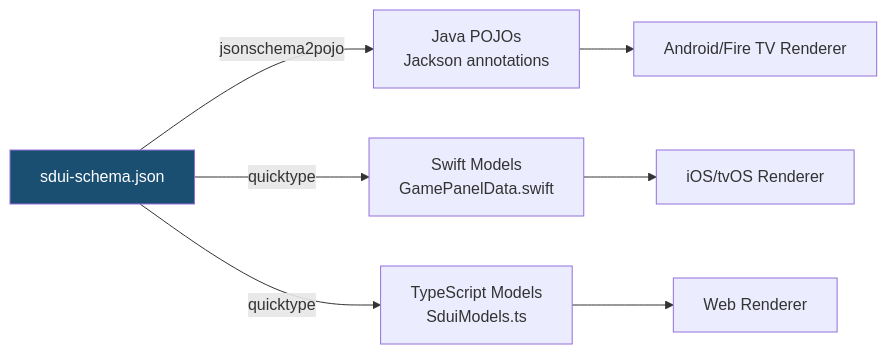
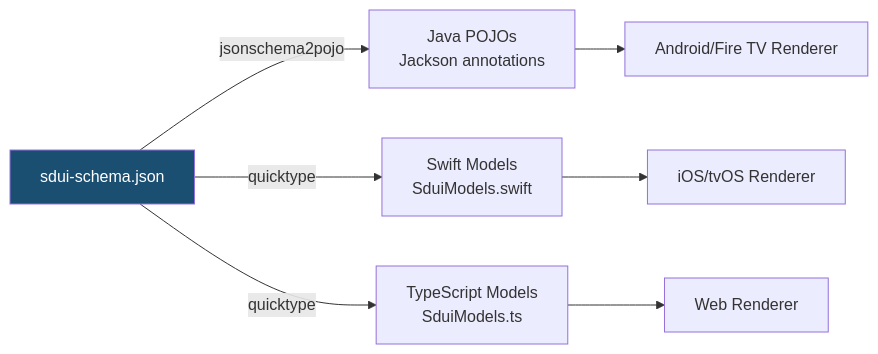
The ninth of 12 diagrams in docs/sdui-requirements-summary.md (bakburner/sdui-learn), drawn with Mermaid before and after one commit. The commit also changed other lines of this file and 112 other files, not shown here.

First line of the commit message:
docs: GamePanel → AtomicComposite migration + comment sweep

````diff
--- a/docs/sdui-requirements-summary.md
+++ b/docs/sdui-requirements-summary.md
@@ -615,12 +592,12 @@
 ```mermaid
 graph LR
     SCHEMA[sdui-schema.json] -->|jsonschema2pojo| JAVA[Java POJOs<br/>Jackson annotations]
-    SCHEMA -->|quicktype| SWIFT[Swift Models<br/>GamePanelData.swift]
+    SCHEMA -->|quicktype| SWIFT[Swift Models<br/>SduiModels.swift]
     SCHEMA -->|quicktype| TS[TypeScript Models<br/>SduiModels.ts]
     
     JAVA --> ANDROID[Android/Fire TV Renderer]
     SWIFT --> IOS[iOS/tvOS Renderer]
     TS --> WEB[Web Renderer]
     
     style SCHEMA fill:#1B4F72,color:#fff
 ```
````
